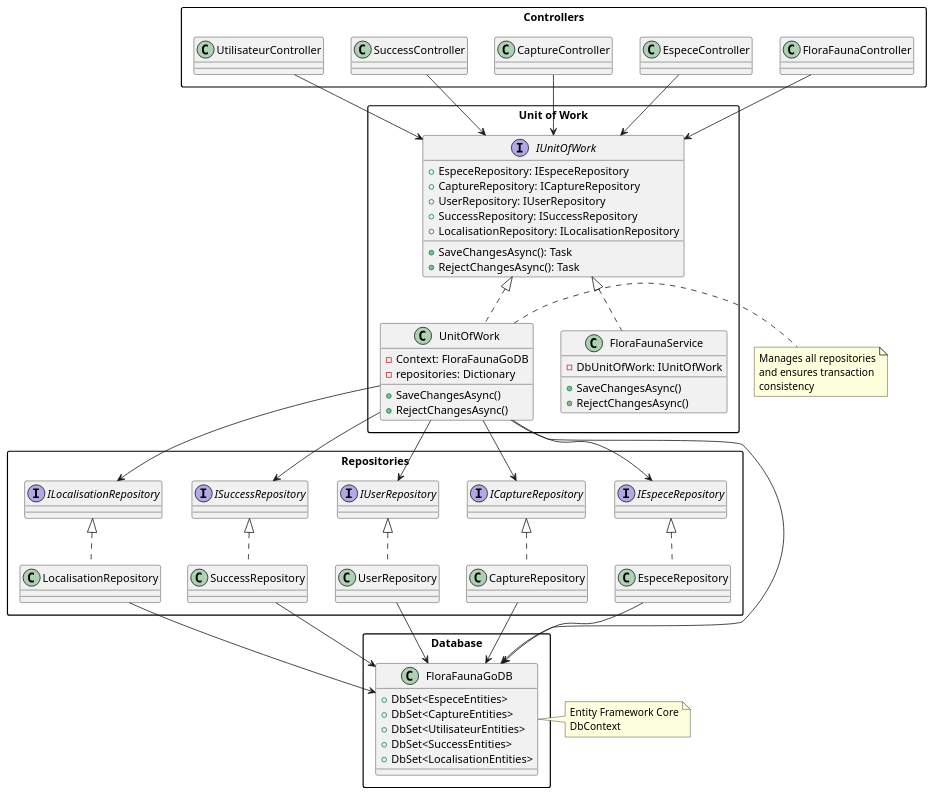
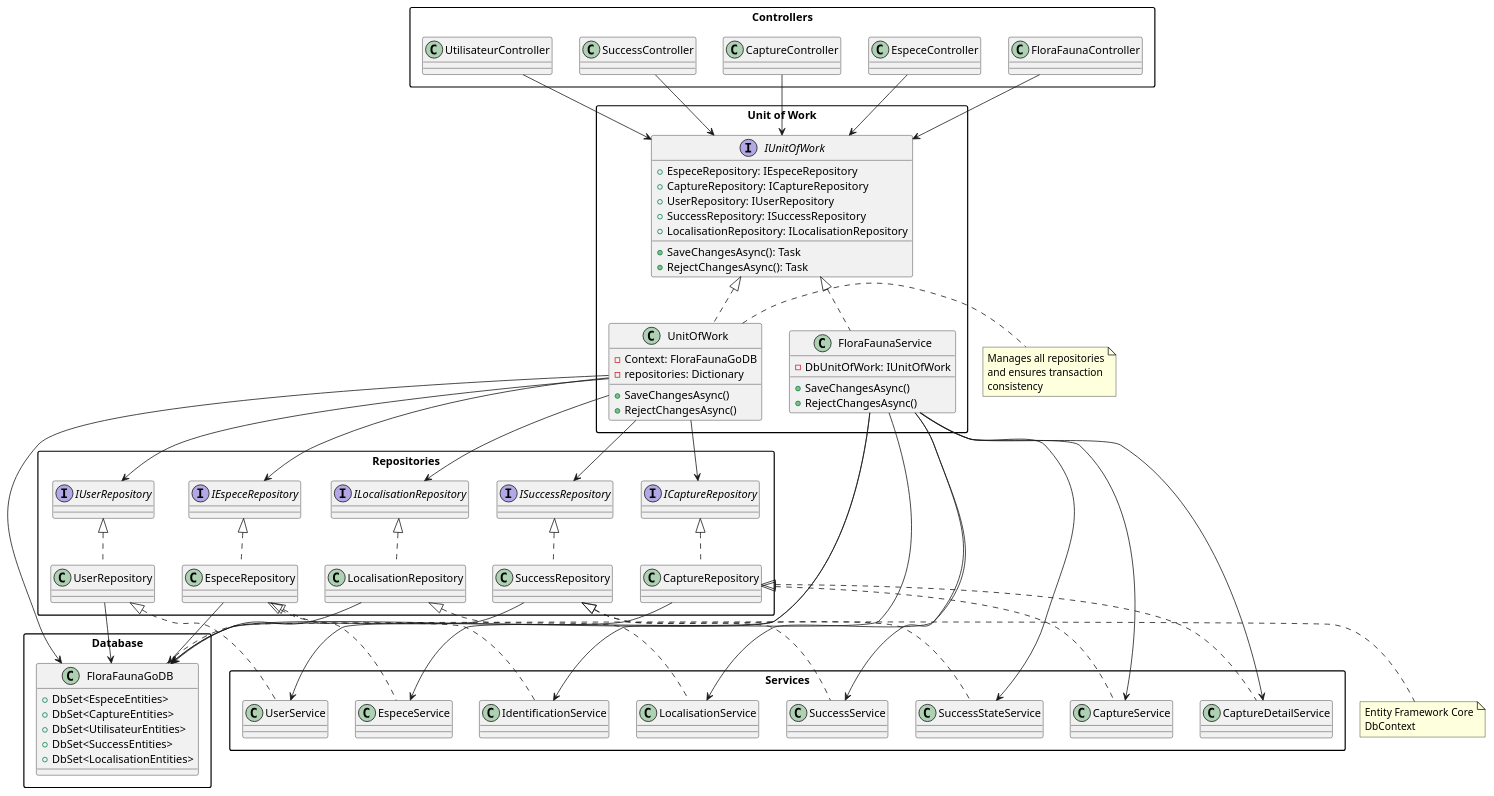
Before and after one commit to BUT-Project/FloraFaunaGO_API: the diagram in README.md, drawn with PlantUML. The commit also changed other lines of this file and 1 other file, not shown here.

```diff
--- a/README.md
+++ b/README.md
@@ -345,6 +398,17 @@
   class LocalisationRepository
 }
 
+package "Services" {
+  class EspeceService
+  class CaptureService
+  class UserService
+  class SuccessService
+  class SuccessStateService
+  class LocalisationService
+  class CaptureDetailService
+  class IdentificationService
+}
+
 package "Database" {
   class FloraFaunaGoDB {
     + DbSet<EspeceEntities>
@@ -384,6 +448,25 @@
 SuccessRepository --> FloraFaunaGoDB
 LocalisationRepository --> FloraFaunaGoDB
 
+' Services relations
+EspeceRepository <|.. EspeceService
+CaptureRepository <|.. CaptureService
+UserRepository <|.. UserService
+SuccessRepository <|.. SuccessService
+SuccessRepository <|.. SuccessStateService
+LocalisationRepository <|.. LocalisationService
+CaptureRepository <|.. CaptureDetailService
+EspeceRepository <|.. IdentificationService
+
+FloraFaunaService --> EspeceService
+FloraFaunaService --> CaptureService
+FloraFaunaService --> UserService
+FloraFaunaService --> SuccessService
+FloraFaunaService --> SuccessStateService
+FloraFaunaService --> LocalisationService
+FloraFaunaService --> CaptureDetailService
+FloraFaunaService --> IdentificationService
+
 note right of UnitOfWork
   Manages all repositories
   and ensures transaction
```
